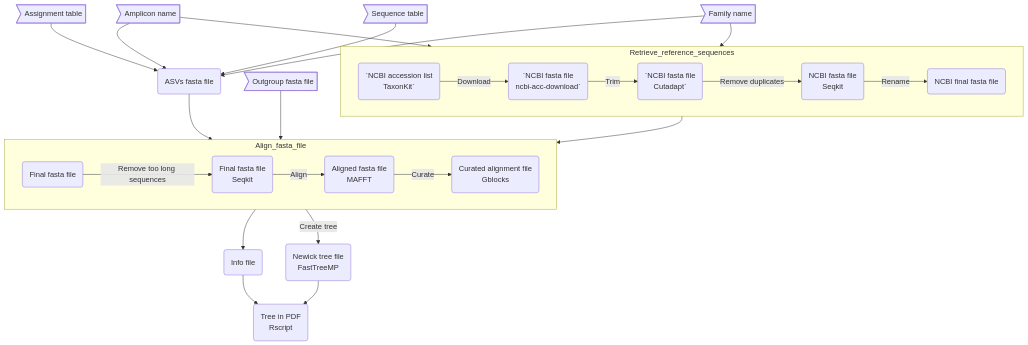
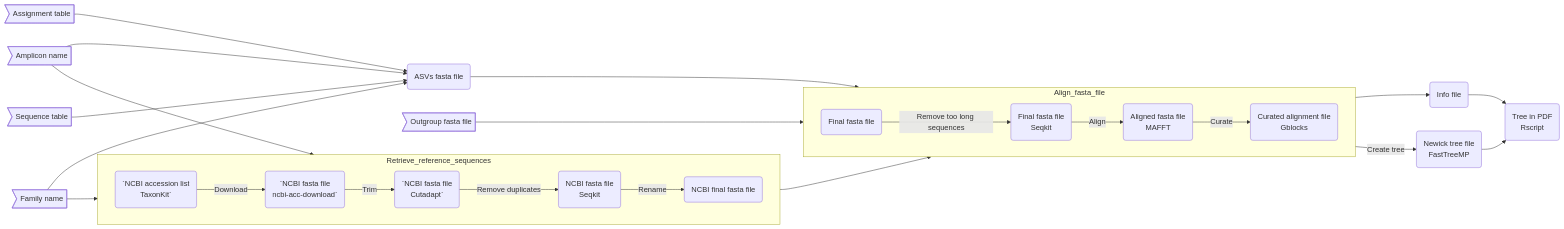
The diagram in README.md (Enorya/Phylo-tree_eDNA), drawn with Mermaid before and after one commit.

````diff
--- a/README.md
+++ b/README.md
@@ -24,46 +24,46 @@
 ```mermaid
-flowchart
+flowchart LR
 	amplicon>Amplicon name]
 	family>Family name]
 	Assign>Assignment table]
 	Seq>Sequence table]
 	Out>Outgroup fasta file]
 	step1(`NCBI accession list
 TaxonKit`)
 	step2(`NCBI fasta file
 ncbi-acc-download`)
 	step3(`NCBI fasta file
 Cutadapt`)
 	step4(NCBI fasta file
 Seqkit)
 	step5(NCBI final fasta file)
 	step6(ASVs fasta file)
 	step7(Final fasta file)
 	step8(Final fasta file
 Seqkit)
 	step9(Aligned fasta file
 MAFFT)
 	step10(Curated alignment file
 Gblocks)
 	step11(Newick tree file
 FastTreeMP)
 	step12(Info file)
 	step13(Tree in PDF
 Rscript)
 
 	subgraph Retrieve_reference_sequences
 		direction LR
         	step1 -->|Download| step2 -->|Trim| step3 -->|Remove duplicates| step4 -->|Rename| step5
 	end
 	subgraph Align_fasta_file
 		direction LR
         	step7 -->|Remove too long sequences| step8 -->|Align| step9 -->|Curate| step10
 	end
 	amplicon --> step1
 	family --> step1
 	amplicon & Assign & Seq & family --> step6
 	step5 & Out & step6 --> step7
 	step10 --> step12 --> step13
 	step10 -->|Create tree| step11 --> step13
 
 ```
````
